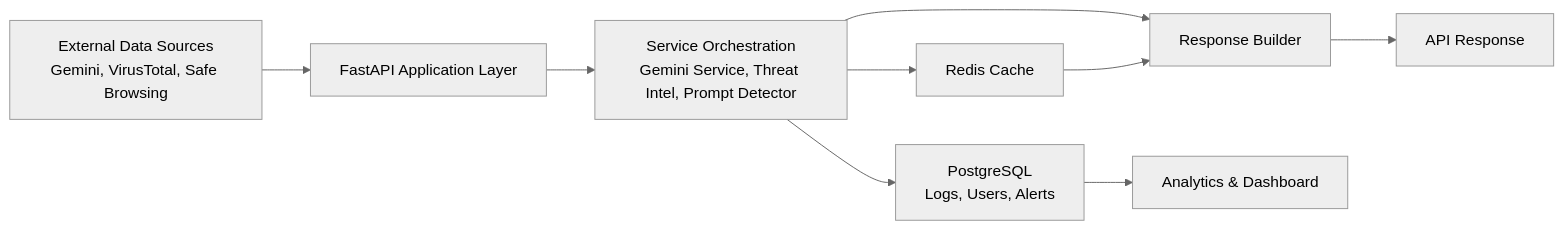
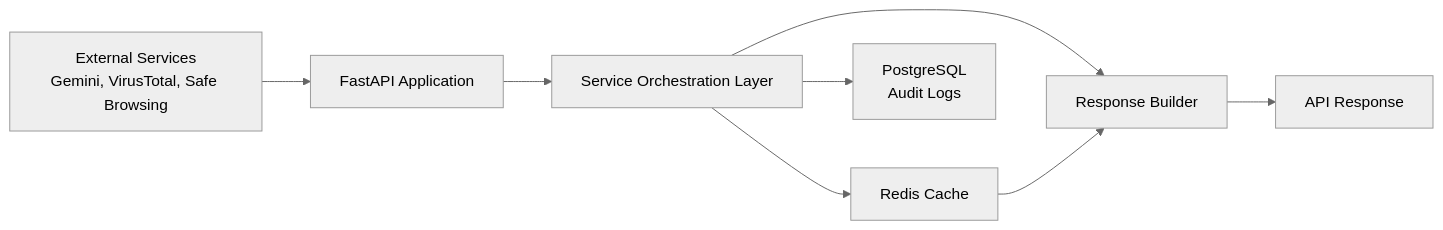
Before and after one commit to SabarishR08/llm-prompt-security-middleware: the fifth of 8 diagrams in docs/ARCHITECTURE.md, drawn with Mermaid (neutral theme). The commit also changed other lines of this file, not shown here.

````diff
--- a/docs/ARCHITECTURE.md
+++ b/docs/ARCHITECTURE.md
@@ -77,11 +78,10 @@
 ```mermaid
 flowchart LR
-    A[External Data Sources<br/>Gemini, VirusTotal, Safe Browsing] --> B[FastAPI Application Layer]
-    B --> C[Service Orchestration<br/>Gemini Service, Threat Intel, Prompt Detector]
+    A[External Services<br/>Gemini, VirusTotal, Safe Browsing] --> B[FastAPI Application]
+    B --> C[Service Orchestration Layer]
     C --> D[Response Builder]
     C --> E[Redis Cache]
-    C --> F[PostgreSQL<br/>Logs, Users, Alerts]
+    C --> F[PostgreSQL<br/>Audit Logs]
     E --> D
-    F --> G[Analytics & Dashboard]
-    D --> H[API Response]
+    D --> G[API Response]
 ```
````
